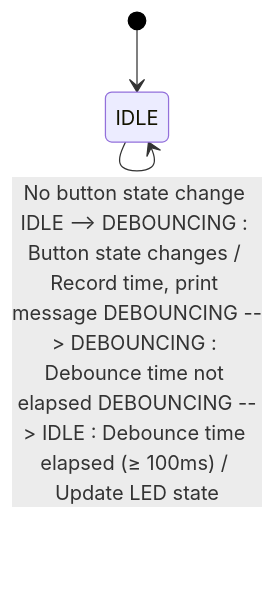
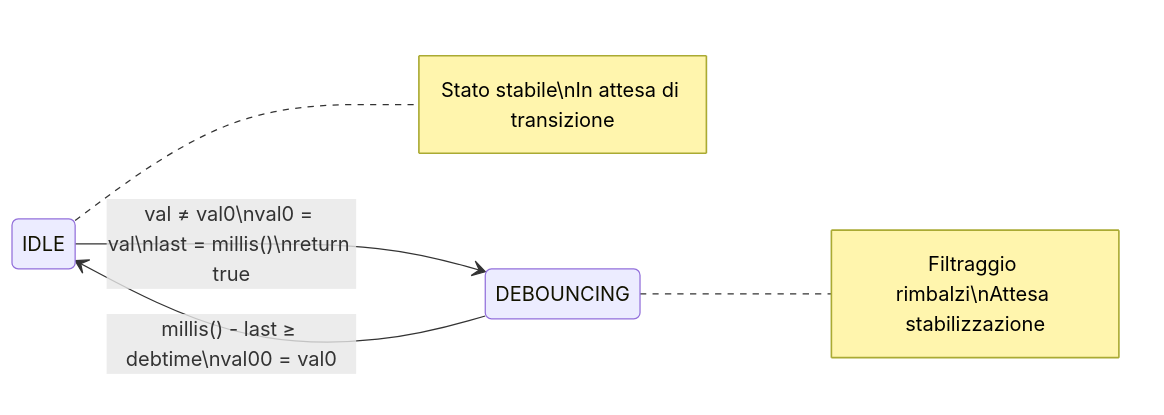
Before and after one commit to sebastianomelita/ArduinoBareMetal: the diagram in debouncerFSM2.md, drawn with Mermaid. The commit also changed other lines of this file, not shown here.

````diff
--- a/debouncerFSM2.md
+++ b/debouncerFSM2.md
@@ -141,4 +153,12 @@
 ```mermaid
 %%{init: {'theme': 'default', 'themeVariables': { 'primaryColor': '#ffffff', 'primaryTextColor': '#000000', 'primaryBorderColor': '#000000', 'lineColor': '#000000', 'secondaryColor': '#f4f4f4', 'tertiaryColor': '#ffffff' }}}%%
-stateDiagram-v2 [*] --> IDLE IDLE --> IDLE : No button state change IDLE --> DEBOUNCING : Button state changes / Record time, print message DEBOUNCING --> DEBOUNCING : Debounce time not elapsed DEBOUNCING --> IDLE : Debounce time elapsed (≥ 100ms) / Update LED state 
+stateDiagram-v2
+    direction LR
+    
+    IDLE --> DEBOUNCING: val ≠ val0\nval0 = val\nlast = millis()\nreturn true
+    DEBOUNCING --> IDLE: millis() - last ≥ debtime\nval00 = val0
+    
+    note right of IDLE: Stato stabile\nIn attesa di transizione
+    note right of DEBOUNCING: Filtraggio rimbalzi\nAttesa stabilizzazione
+
 ```
````
